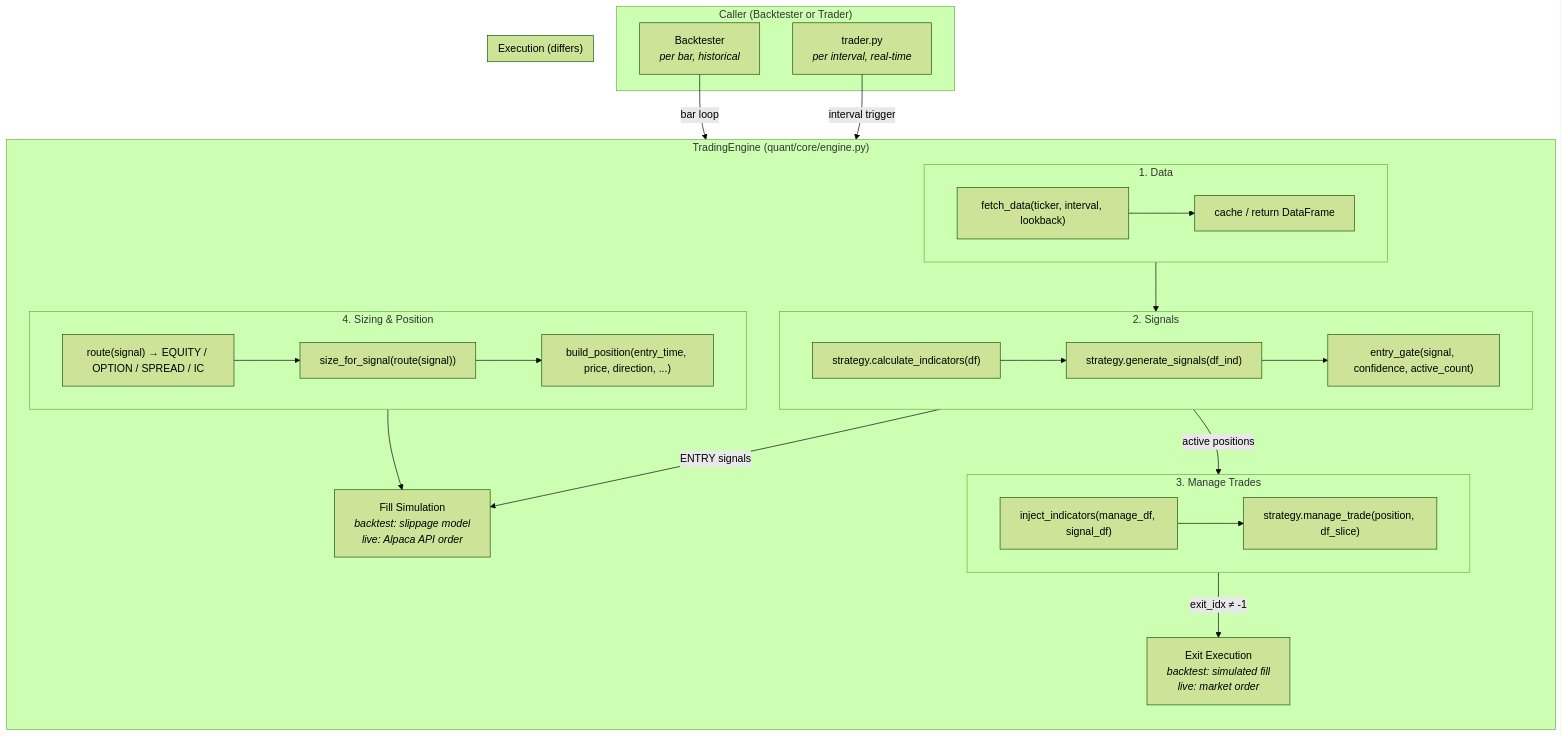
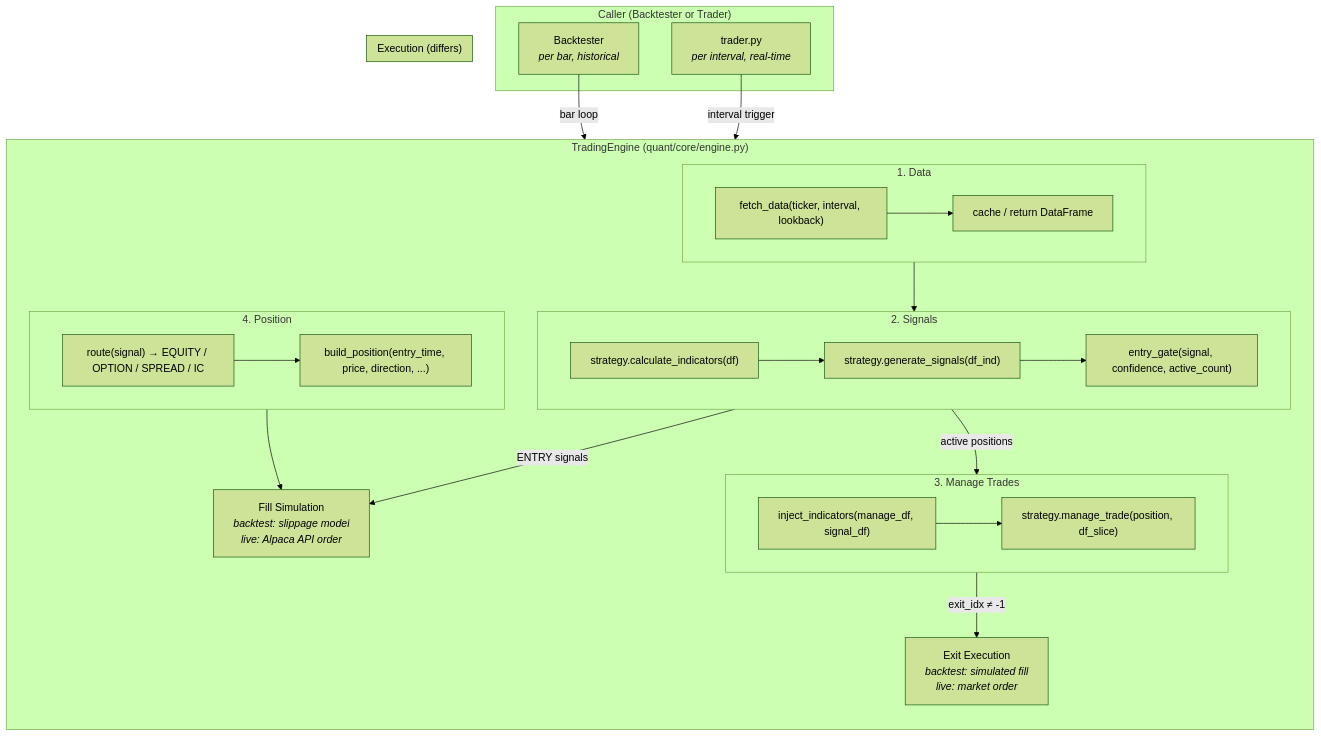
The diagram in quant/src/quant/core/README.md (nodeicode/qi), drawn with Mermaid (forest theme) before and after one commit. The commit also changed other lines of this file and 14 other files, not shown here.

````diff
--- a/quant/src/quant/core/README.md
+++ b/quant/src/quant/core/README.md
@@ -20,51 +20,50 @@
 ```mermaid
 flowchart TB
     subgraph CALLER["Caller (Backtester or Trader)"]
         BT["Backtester<br/><i>per bar, historical</i>"]
         LT["trader.py<br/><i>per interval, real-time</i>"]
     end
 
     subgraph ENGINE["TradingEngine  (quant/core/engine.py)"]
         direction TB
 
         subgraph STEP1["1. Data"]
             FETCH["fetch_data(ticker, interval, lookback)"]
             CACHE["cache / return DataFrame"]
             FETCH --> CACHE
         end
 
         subgraph STEP2["2. Signals"]
             IND["strategy.calculate_indicators(df)"]
             SIG["strategy.generate_signals(df_ind)"]
             GATE["entry_gate(signal, confidence, active_count)"]
             IND --> SIG --> GATE
         end
 
         subgraph STEP3["3. Manage Trades"]
             INJ["inject_indicators(manage_df, signal_df)"]
             MT["strategy.manage_trade(position, df_slice)"]
             INJ --> MT
         end
 
         STEP1 --> STEP2
         STEP2 -->|"ENTRY signals"| FILL
         STEP2 -->|"active positions"| STEP3
         STEP3 -->|"exit_idx ≠ -1"| EXIT
 
-        subgraph STEP4["4. Sizing & Position"]
+        subgraph STEP4["4. Position"]
             ROUTE["route(signal) → EQUITY / OPTION / SPREAD / IC"]
-            SIZE["size_for_signal(route(signal))"]
             POS["build_position(entry_time, price, direction, ...)"]
-            ROUTE --> SIZE --> POS
+            ROUTE --> POS
         end
     end
 
     subgraph EXECUTION["Execution (differs)"]
         FILL["Fill Simulation<br/><i>backtest: slippage model</i><br/><i>live: Alpaca API order</i>"]
         EXIT["Exit Execution<br/><i>backtest: simulated fill</i><br/><i>live: market order</i>"]
     end
 
     BT -->|"bar loop"| STEP1
     LT -->|"interval trigger"| STEP1
     STEP4 --> FILL
 ```
````
